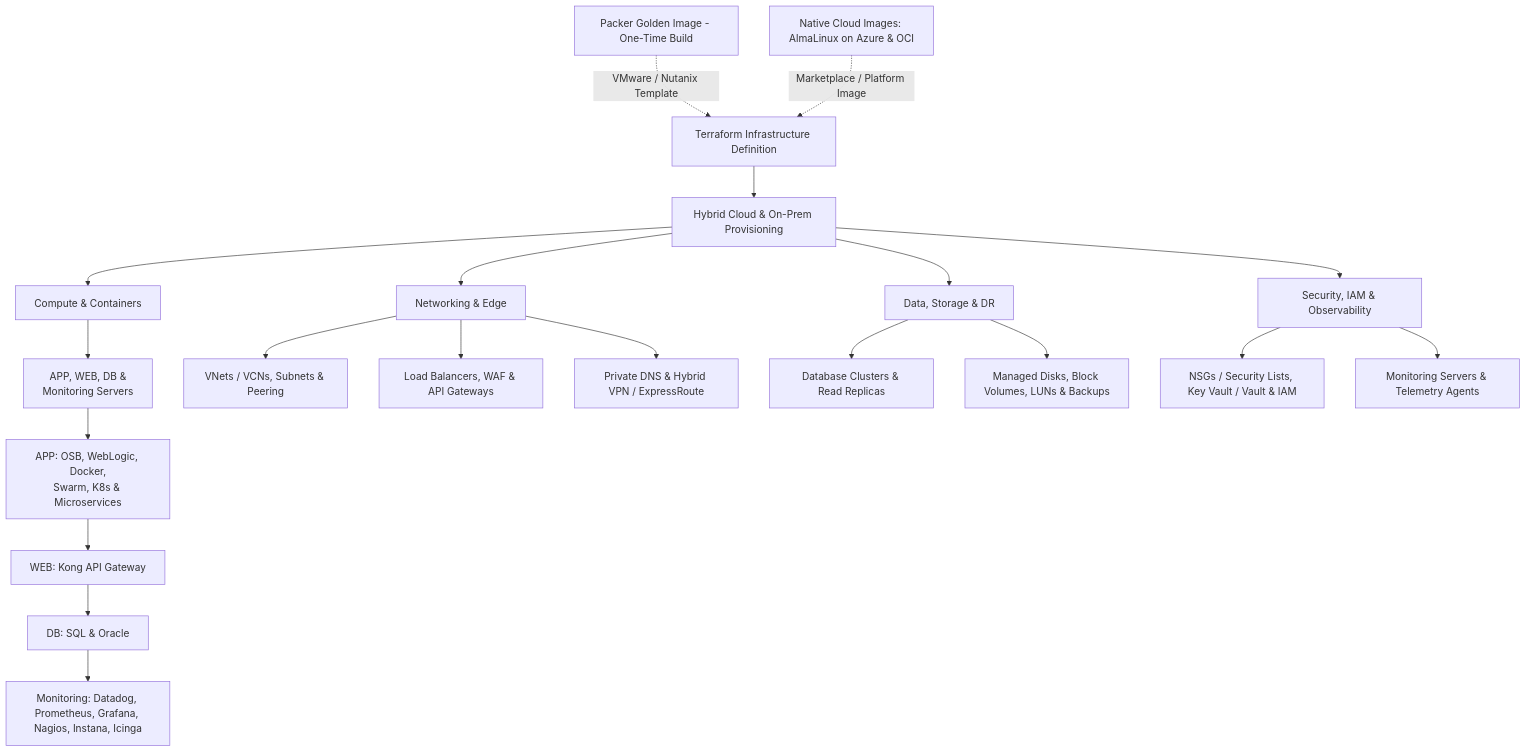
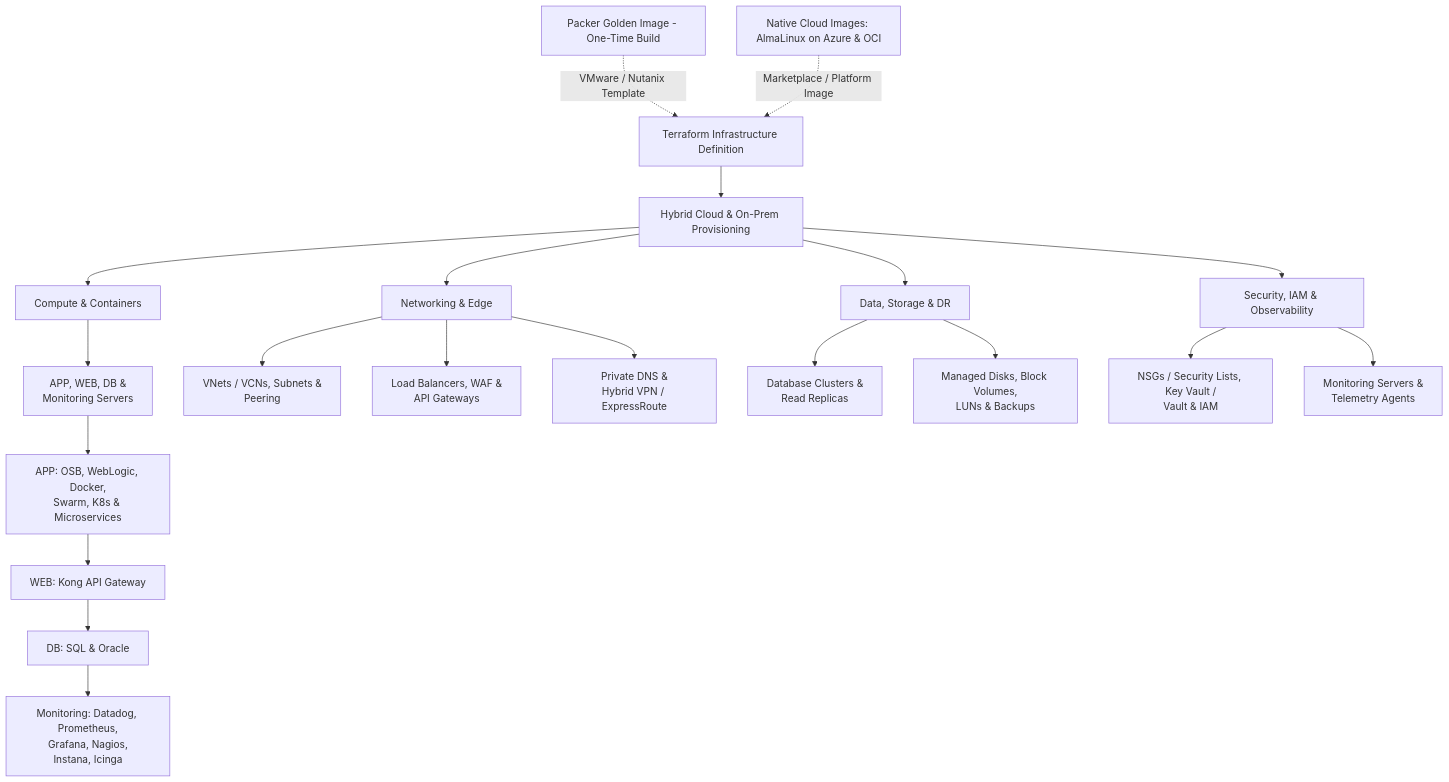
The second of 7 diagrams in docs/index.md (ejpinangog/ejpinangog.github.io), drawn with Mermaid before and after one commit.

Commit message:
fix: infrastructure provisioning

````diff
--- a/docs/index.md
+++ b/docs/index.md
@@ -58,28 +58,28 @@
 ```mermaid
 flowchart TD
     PK[Packer Golden Image - One-Time Build] -.->|VMware / Nutanix Template| TF[Terraform Infrastructure Definition]
     CLD[Native Cloud Images: AlmaLinux on Azure & OCI] -.->|Marketplace / Platform Image| TF
 
     TF --> B[Hybrid Cloud & On-Prem Provisioning]
 
     B --> P1[Compute & Containers]
     B --> P2[Networking & Edge]
     B --> P3[Data, Storage & DR]
     B --> P4[Security, IAM & Observability]
 
     P1 --> C1[APP, WEB, DB &<br/>Monitoring Servers]
     C1 --> APP[APP: OSB, WebLogic, Docker,<br/>Swarm, K8s & Microservices]
     APP --> WEB[WEB: Kong API Gateway]
     WEB --> DB[DB: SQL & Oracle]
-    DB --> MON[Monitoring: Datadog, Prometheus, Grafana, Nagios, Instana, Icinga]
+    DB --> MON[Monitoring: Datadog, Prometheus,<br/>Grafana, Nagios,<br/>Instana, Icinga]
 
-    P2 --> N1[VNets / VCNs, Subnets & Peering]
-    P2 --> N2[Load Balancers, WAF & API Gateways]
-    P2 --> N3[Private DNS & Hybrid VPN / ExpressRoute]
+    P2 --> N1[VNets / VCNs, Subnets &<br/>Peering]
+    P2 --> N2[Load Balancers, WAF &<br/>API Gateways]
+    P2 --> N3[Private DNS &<br/>Hybrid VPN / ExpressRoute]
 
-    P3 --> D1[Database Clusters & Read Replicas]
-    P3 --> D2[Managed Disks, Block Volumes, LUNs & Backups]
+    P3 --> D1[Database Clusters &<br/>Read Replicas]
+    P3 --> D2[Managed Disks, Block Volumes,<br/>LUNs & Backups]
 
-    P4 --> S1[NSGs / Security Lists, Key Vault / Vault & IAM]
-    P4 --> S2[Monitoring Servers & Telemetry Agents]
+    P4 --> S1[NSGs / Security Lists, Key Vault /<br/>Vault & IAM]
+    P4 --> S2[Monitoring Servers &<br/>Telemetry Agents]
 ```
````
